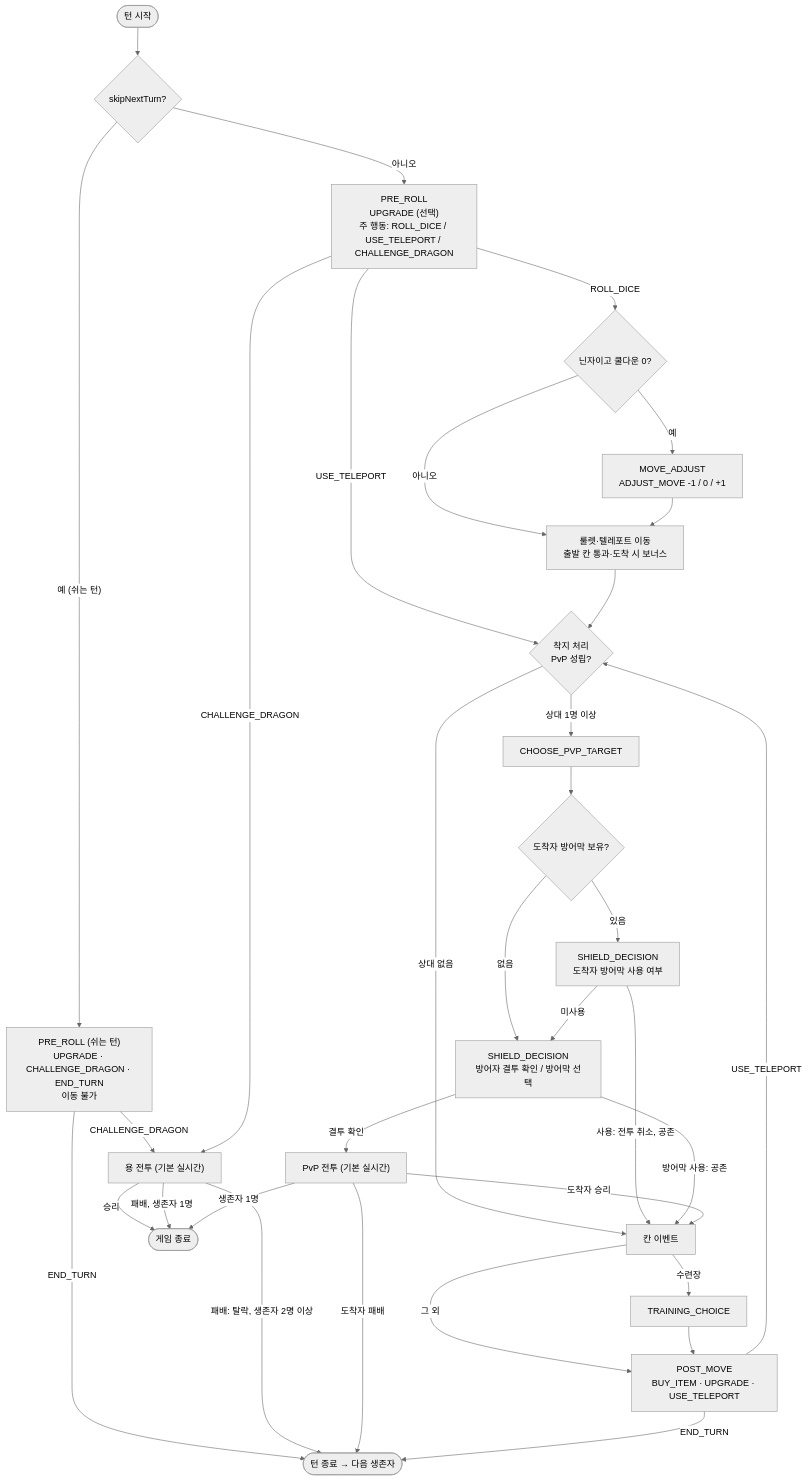
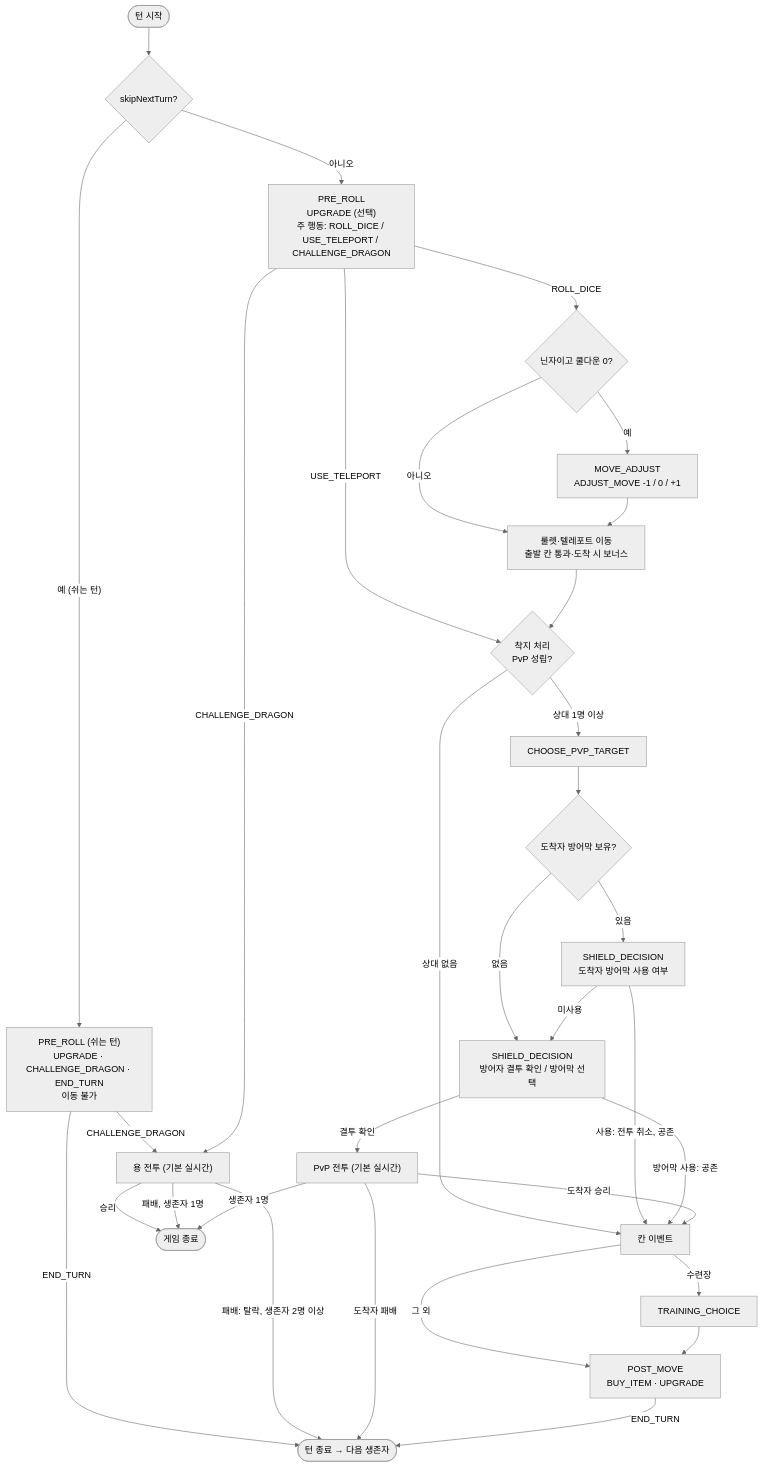
The diagram in docs/game-design.md (KR-penguin/Dragon-Rush), drawn with Mermaid (neutral theme) before and after one commit. The commit also changed other lines of this file and 38 other files, not shown here.

````diff
--- a/docs/game-design.md
+++ b/docs/game-design.md
@@ -165,54 +165,53 @@
 ```mermaid
 flowchart TD
   ts(["턴 시작"])
   skipQ{"skipNextTurn?"}
   pre["PRE_ROLL<br/>UPGRADE (선택)<br/>주 행동: ROLL_DICE / USE_TELEPORT / CHALLENGE_DRAGON"]
   dragonFight["용 전투 (기본 실시간)"]
   adjQ{"닌자이고 쿨다운 0?"}
   adj["MOVE_ADJUST<br/>ADJUST_MOVE -1 / 0 / +1"]
   move["룰렛·텔레포트 이동<br/>출발 칸 통과·도착 시 보너스"]
   land{"착지 처리<br/>PvP 성립?"}
   target["CHOOSE_PVP_TARGET"]
   shieldQ{"도착자 방어막 보유?"}
   shield["SHIELD_DECISION<br/>도착자 방어막 사용 여부"]
   defender["SHIELD_DECISION<br/>방어자 결투 확인 / 방어막 선택"]
   duel["PvP 전투 (기본 실시간)"]
   tile["칸 이벤트"]
   train["TRAINING_CHOICE"]
-  post["POST_MOVE<br/>BUY_ITEM · UPGRADE · USE_TELEPORT"]
+  post["POST_MOVE<br/>BUY_ITEM · UPGRADE"]
   turnEnd(["턴 종료 → 다음 생존자"])
   gameEnd(["게임 종료"])
 
   ts --> skipQ
   skipQ -->|"예 (쉬는 턴)"| rest["PRE_ROLL (쉬는 턴)<br/>UPGRADE · CHALLENGE_DRAGON · END_TURN<br/>이동 불가"]
   rest -->|"END_TURN"| turnEnd
   rest -->|"CHALLENGE_DRAGON"| dragonFight
   skipQ -->|"아니오"| pre
   pre -->|"CHALLENGE_DRAGON"| dragonFight
   dragonFight -->|"승리"| gameEnd
   dragonFight -->|"패배: 탈락, 생존자 2명 이상"| turnEnd
   dragonFight -->|"패배, 생존자 1명"| gameEnd
   pre -->|"ROLL_DICE"| adjQ
   adjQ -->|"예"| adj
   adjQ -->|"아니오"| move
   adj --> move
   pre -->|"USE_TELEPORT"| land
   move --> land
   land -->|"상대 1명 이상"| target
   land -->|"상대 없음"| tile
   target --> shieldQ
   shieldQ -->|"있음"| shield
   shieldQ -->|"없음"| defender
   shield -->|"사용: 전투 취소, 공존"| tile
   shield -->|"미사용"| defender
   defender -->|"방어막 사용: 공존"| tile
   defender -->|"결투 확인"| duel
   duel -->|"도착자 승리"| tile
   duel -->|"도착자 패배"| turnEnd
   duel -->|"생존자 1명"| gameEnd
   tile -->|"수련장"| train
   tile -->|"그 외"| post
   train --> post
-  post -->|"USE_TELEPORT"| land
   post -->|"END_TURN"| turnEnd
 ```
````
